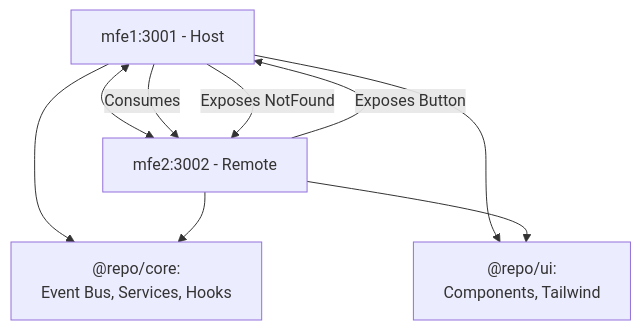
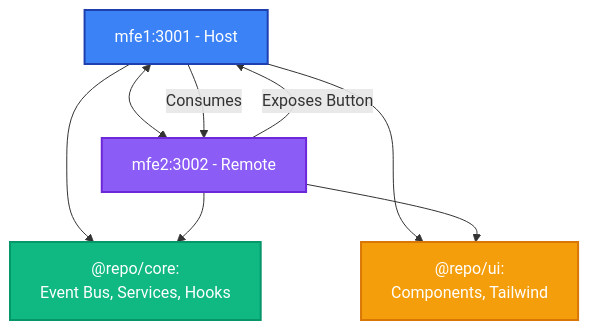
Before and after one commit to nguyenhuykhai/Project-Task-Management: the diagram in README.md, drawn with Mermaid. The commit also changed other lines of this file, not shown here.

Commit message:
Update README to remove NotFound component
Removed references to NotFound component in mfe1 and mfe2 sections.

````diff
--- a/README.md
+++ b/README.md
@@ -21,13 +21,17 @@
 ```mermaid
 graph TB
     A[mfe1:3001 - Host] <--> B[mfe2:3002 - Remote]
     A --> |Consumes| B
     B --> |Exposes Button| A
-    A --> |Exposes NotFound| B
     A --> C
     A --> D
     B --> C
     B --> D
     C["@repo/core:<br/>Event Bus, Services, Hooks"]
     D["@repo/ui:<br/>Components, Tailwind"]
+
+    style A fill:#3b82f6,stroke:#1e40af,stroke-width:2px,color:#fff
+    style B fill:#8b5cf6,stroke:#6d28d9,stroke-width:2px,color:#fff
+    style C fill:#10b981,stroke:#059669,stroke-width:2px,color:#fff
+    style D fill:#f59e0b,stroke:#d97706,stroke-width:2px,color:#fff
 ```
````
